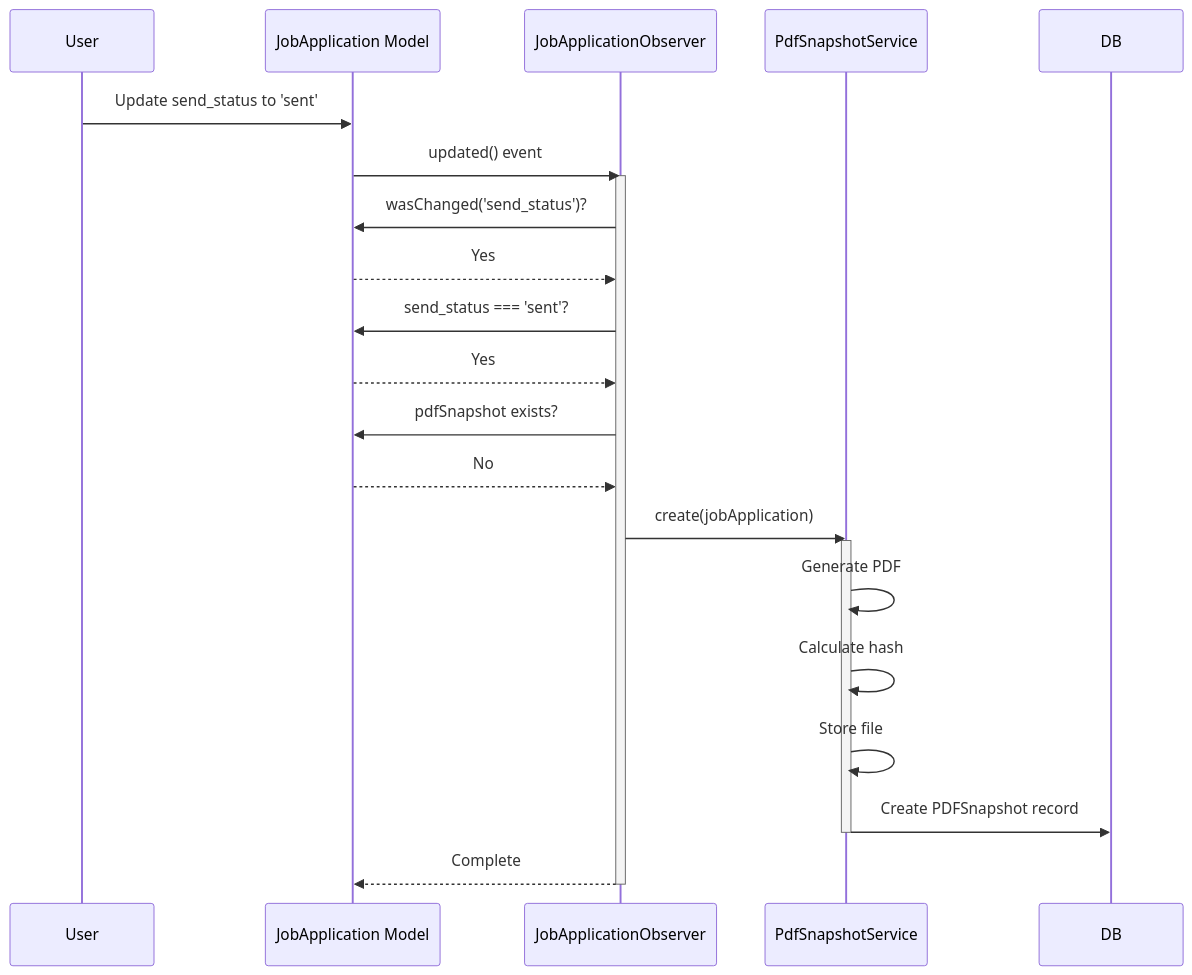
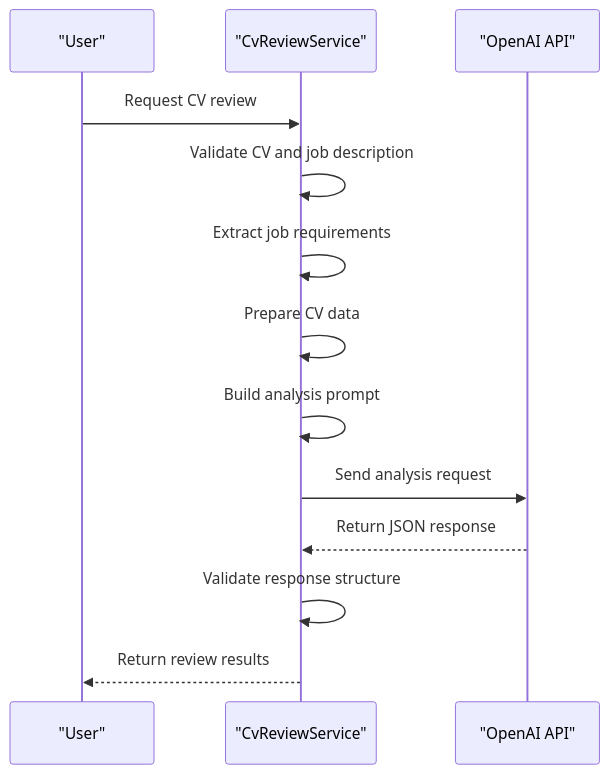
The third of 5 diagrams in .qoder/repowiki/en/content/Core Concepts/Core Concepts.md (withoutfanfare/cv-builder), drawn with Mermaid before and after one commit. The commit also changed other lines of this file and 128 other files, not shown here.

````diff
--- a/.qoder/repowiki/en/content/Core Concepts/Core Concepts.md
+++ b/.qoder/repowiki/en/content/Core Concepts/Core Concepts.md
@@ -206,25 +137,15 @@
 ```mermaid
 sequenceDiagram
-participant User
-participant JobApplication as JobApplication Model
-participant Observer as JobApplicationObserver
-participant Service as PdfSnapshotService
-User->>JobApplication : Update send_status to 'sent'
-JobApplication->>Observer : updated() event
-activate Observer
-Observer->>JobApplication : wasChanged('send_status')?
-JobApplication-->>Observer : Yes
-Observer->>JobApplication : send_status === 'sent'?
-JobApplication-->>Observer : Yes
-Observer->>JobApplication : pdfSnapshot exists?
-JobApplication-->>Observer : No
-Observer->>Service : create(jobApplication)
-activate Service
-Service->>Service : Generate PDF
-Service->>Service : Calculate hash
-Service->>Service : Store file
-Service->>DB : Create PDFSnapshot record
-deactivate Service
-Observer-->>JobApplication : Complete
-deactivate Observer
+participant User as "User"
+participant Service as "CvReviewService"
+participant OpenAI as "OpenAI API"
+User->>Service : Request CV review
+Service->>Service : Validate CV and job description
+Service->>Service : Extract job requirements
+Service->>Service : Prepare CV data
+Service->>Service : Build analysis prompt
+Service->>OpenAI : Send analysis request
+OpenAI-->>Service : Return JSON response
+Service->>Service : Validate response structure
+Service-->>User : Return review results
 ```
````
